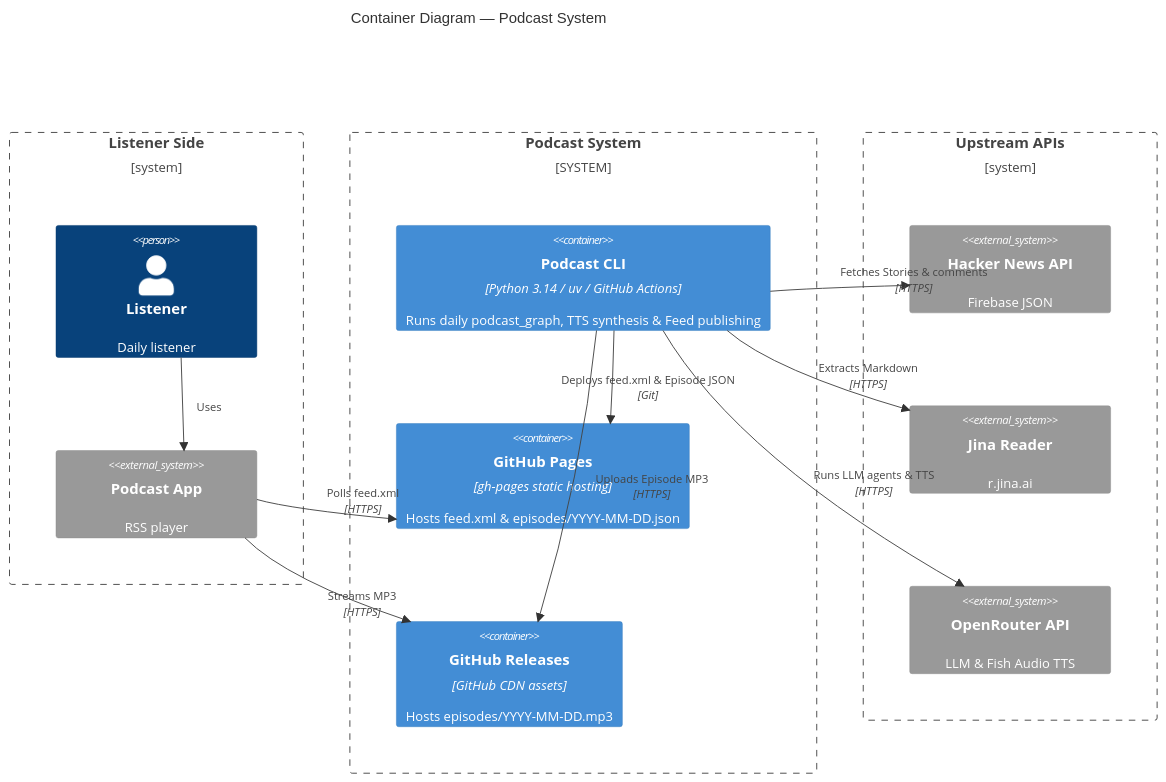
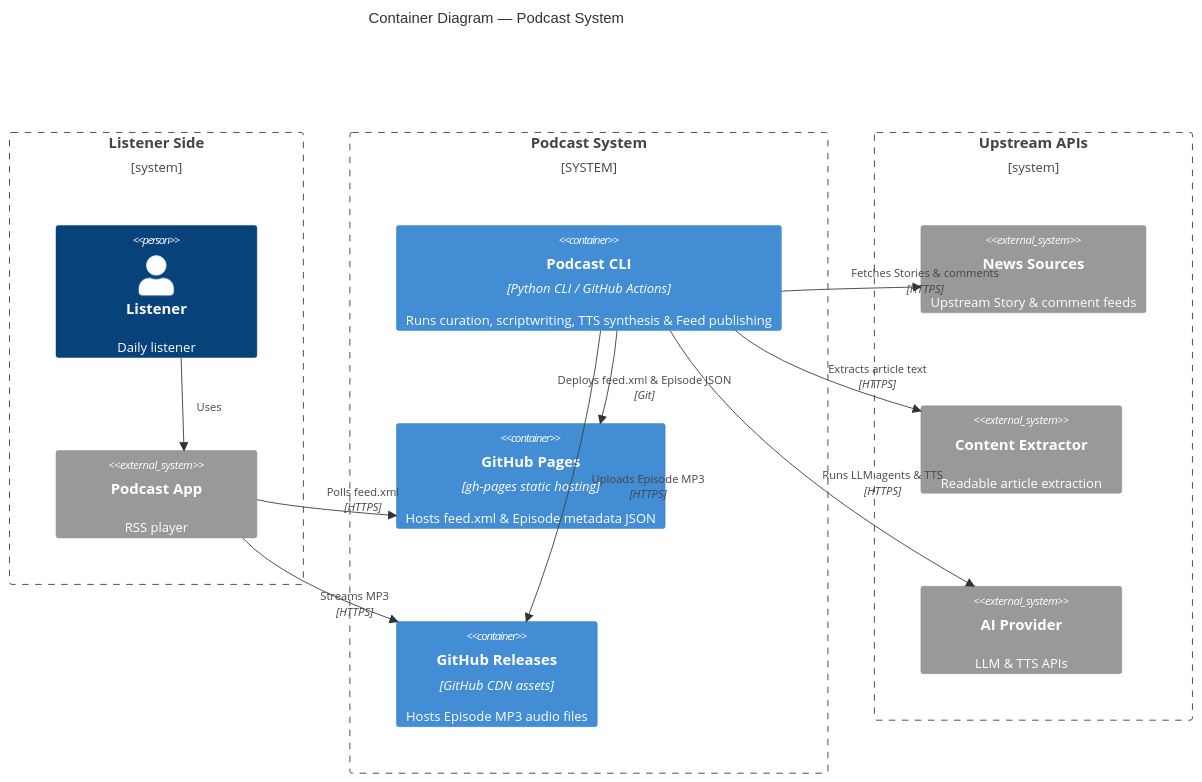
The diagram in docs/architecture/podcast-system/container.mmd (matheusccouto/podcast), drawn with Mermaid before and after one commit. The commit also changed 20 other files, not shown here.

Commit message:
Package feed and eval goldens, update AGENTS.md, and simplify docs and docstrings

```diff
--- a/docs/architecture/podcast-system/container.mmd
+++ b/docs/architecture/podcast-system/container.mmd
@@ -1,39 +1,39 @@
 C4Container
     title Container Diagram — Podcast System
 
     Boundary(consumers, "Listener Side") {
         Person(listener, "Listener", "Daily listener")
         System_Ext(player, "Podcast App", "RSS player")
     }
 
     System_Boundary(podcast, "Podcast System") {
-        Container(cli, "Podcast CLI", "Python 3.14 / uv / GitHub Actions", "Runs daily podcast_graph, TTS synthesis & Feed publishing")
-        Container(pages, "GitHub Pages", "gh-pages static hosting", "Hosts feed.xml & episodes/YYYY-MM-DD.json")
-        Container(releases, "GitHub Releases", "GitHub CDN assets", "Hosts episodes/YYYY-MM-DD.mp3")
+        Container(cli, "Podcast CLI", "Python CLI / GitHub Actions", "Runs curation, scriptwriting, TTS synthesis & Feed publishing")
+        Container(pages, "GitHub Pages", "gh-pages static hosting", "Hosts feed.xml & Episode metadata JSON")
+        Container(releases, "GitHub Releases", "GitHub CDN assets", "Hosts Episode MP3 audio files")
     }
 
     Boundary(providers, "Upstream APIs") {
-        System_Ext(hn, "Hacker News API", "Firebase JSON")
-        System_Ext(jina, "Jina Reader", "r.jina.ai")
-        System_Ext(openrouter, "OpenRouter API", "LLM & Fish Audio TTS")
+        System_Ext(sources, "News Sources", "Upstream Story & comment feeds")
+        System_Ext(extractor, "Content Extractor", "Readable article extraction")
+        System_Ext(ai, "AI Provider", "LLM & TTS APIs")
     }
 
     Rel(listener, player, "Uses")
     Rel(player, pages, "Polls feed.xml", "HTTPS")
     Rel(player, releases, "Streams MP3", "HTTPS")
 
     Rel(cli, pages, "Deploys feed.xml & Episode JSON", "Git")
     Rel(cli, releases, "Uploads Episode MP3", "HTTPS")
-    Rel(cli, hn, "Fetches Stories & comments", "HTTPS")
-    Rel(cli, jina, "Extracts Markdown", "HTTPS")
-    Rel(cli, openrouter, "Runs LLM agents & TTS", "HTTPS")
+    Rel(cli, sources, "Fetches Stories & comments", "HTTPS")
+    Rel(cli, extractor, "Extracts article text", "HTTPS")
+    Rel(cli, ai, "Runs LLM agents & TTS", "HTTPS")
 
     UpdateRelStyle(listener, player, $offsetX="15")
     UpdateRelStyle(player, pages, $offsetY="-20")
     UpdateRelStyle(player, releases, $offsetY="15")
     UpdateRelStyle(cli, pages, $offsetX="-55")
     UpdateRelStyle(cli, releases, $offsetX="30")
-    UpdateRelStyle(cli, hn, $offsetY="-20")
-    UpdateRelStyle(cli, jina, $offsetY="-5")
-    UpdateRelStyle(cli, openrouter, $offsetY="15")
+    UpdateRelStyle(cli, sources, $offsetY="-20")
+    UpdateRelStyle(cli, extractor, $offsetY="-5")
+    UpdateRelStyle(cli, ai, $offsetY="15")
     UpdateLayoutConfig($c4ShapeInRow="1", $c4BoundaryInRow="3")
```
